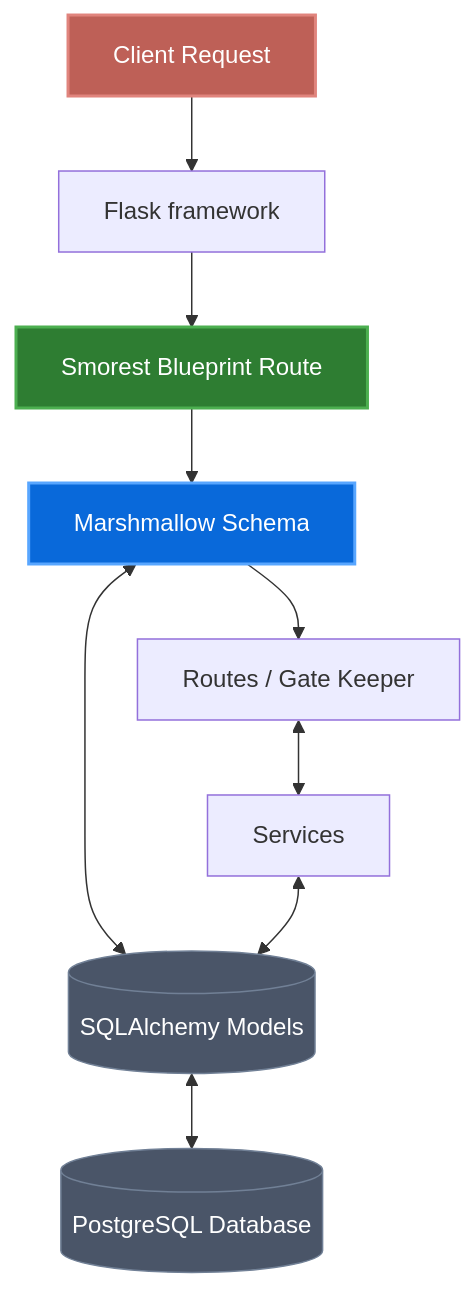
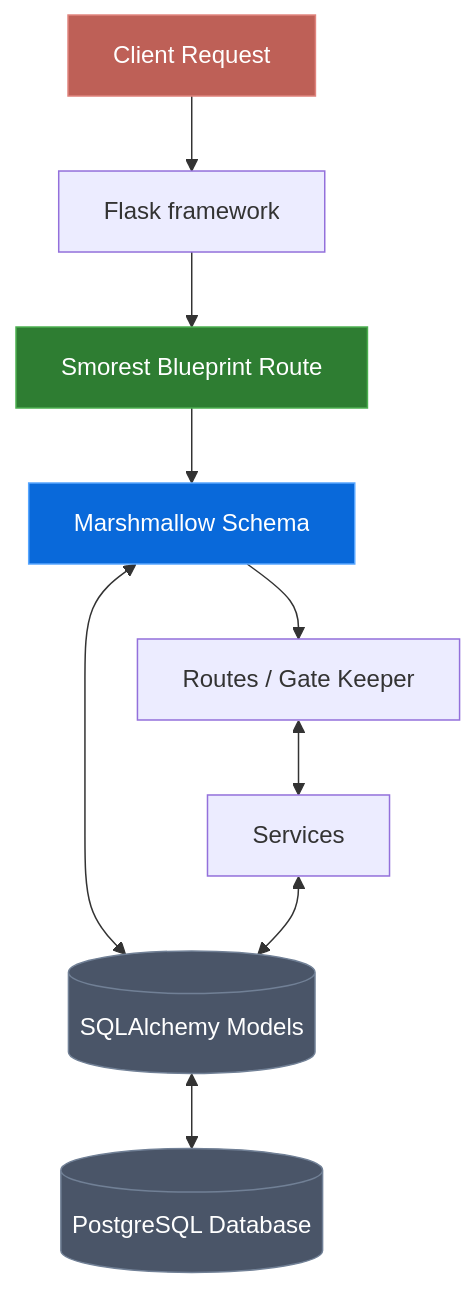
One commit to Revou-FSSE-Jun26/module-2-miftahalrasyid changed the first of 2 diagrams in README.md. Above: the diagram before and after it, drawn with Mermaid. The commit also changed other lines of this file and 6 other files, not shown here.

````diff
--- a/README.md
+++ b/README.md
@@ -253,28 +285,28 @@
 ```mermaid
 
 graph TD
     A[Client Request] --> B[Flask framework]
     B --> C[Smorest Blueprint Route]
     C --> D[Marshmallow Schema]
     D <--> E[(SQLAlchemy Models)]
     D --> F[Routes / Gate Keeper]
     F <--> G[Services]
     G <--> E
     E <--> H[(PostgreSQL Database)]
 
     %% 🎨 dark and light theme strategy (VS CODE & GITHUB ALL OK)
-    
-    classDef pink fill:#be6057,stroke:#e0847d,color:#ffffff,stroke-width:2px;
-    
-    classDef green fill:#2e7d32,stroke:#4caf50,color:#ffffff,stroke-width:2px;
-    
-    classDef blue fill:#0969da,stroke:#58a6ff,color:#ffffff,stroke-width:2px;
-    
-    classDef gray fill:#4a5568,stroke:#718096,color:#ffffff,stroke-width:1px;
 
-    %% Applied the color class to each element 
-    class A pink;       
-    class C green;      
-    class D blue;     
-    class E,H gray;     
+    classDef pink fill:#be6057,stroke:#e0847d,color:#ffffff,storeWidth:2px;
+
+    classDef green fill:#2e7d32,stroke:#4caf50,color:#ffffff,storeWidth:2px;
+
+    classDef blue fill:#0969da,stroke:#58a6ff,color:#ffffff,storeWidth:2px;
+
+    classDef gray fill:#4a5568,stroke:#718096,color:#ffffff,storeWidth:1px;
+
+    %% Applied the color class to each element
+    class A pink;
+    class C green;
+    class D blue;
+    class E,H gray;
 ```
````
